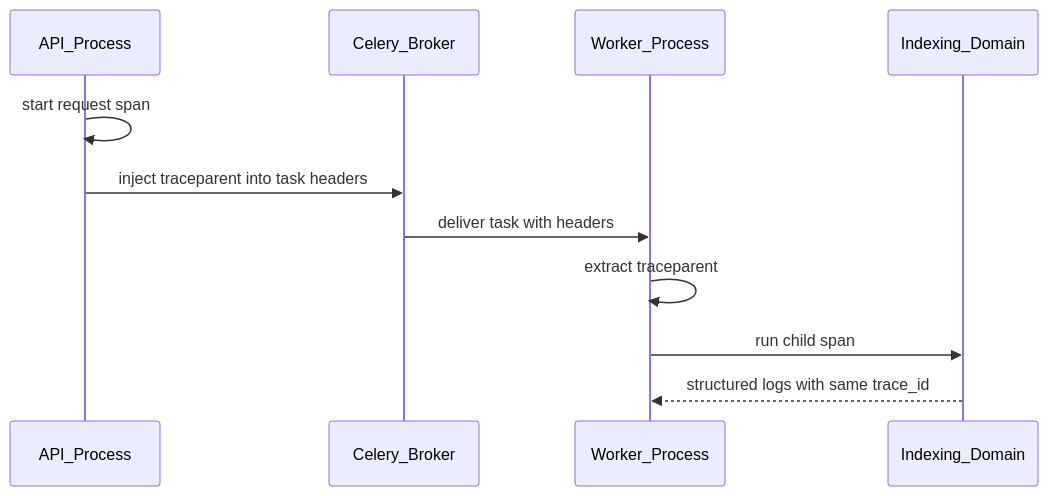
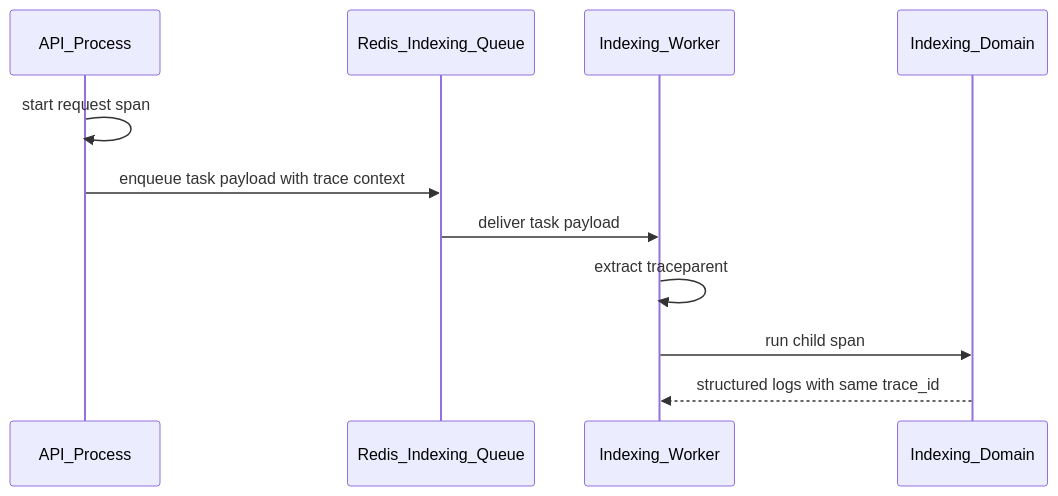
Before and after one commit to apecloud/ApeRAG: the third of 3 diagrams in docs/zh-CN/deployment/observability.md, drawn with Mermaid. The commit also changed other lines of this file and 2 other files, not shown here.

Commit message:
docs: align architecture observability with indexing worker

````diff
--- a/docs/zh-CN/deployment/observability.md
+++ b/docs/zh-CN/deployment/observability.md
@@ -231,13 +231,13 @@
 ```mermaid
 sequenceDiagram
   participant API as API_Process
-  participant Broker as Celery_Broker
-  participant Worker as Worker_Process
+  participant Queue as Redis_Indexing_Queue
+  participant Worker as Indexing_Worker
   participant Indexing as Indexing_Domain
   API->>API: start request span
-  API->>Broker: inject traceparent into task headers
-  Broker->>Worker: deliver task with headers
+  API->>Queue: enqueue task payload with trace context
+  Queue->>Worker: deliver task payload
   Worker->>Worker: extract traceparent
   Worker->>Indexing: run child span
   Indexing-->>Worker: structured logs with same trace_id
 ```
````
